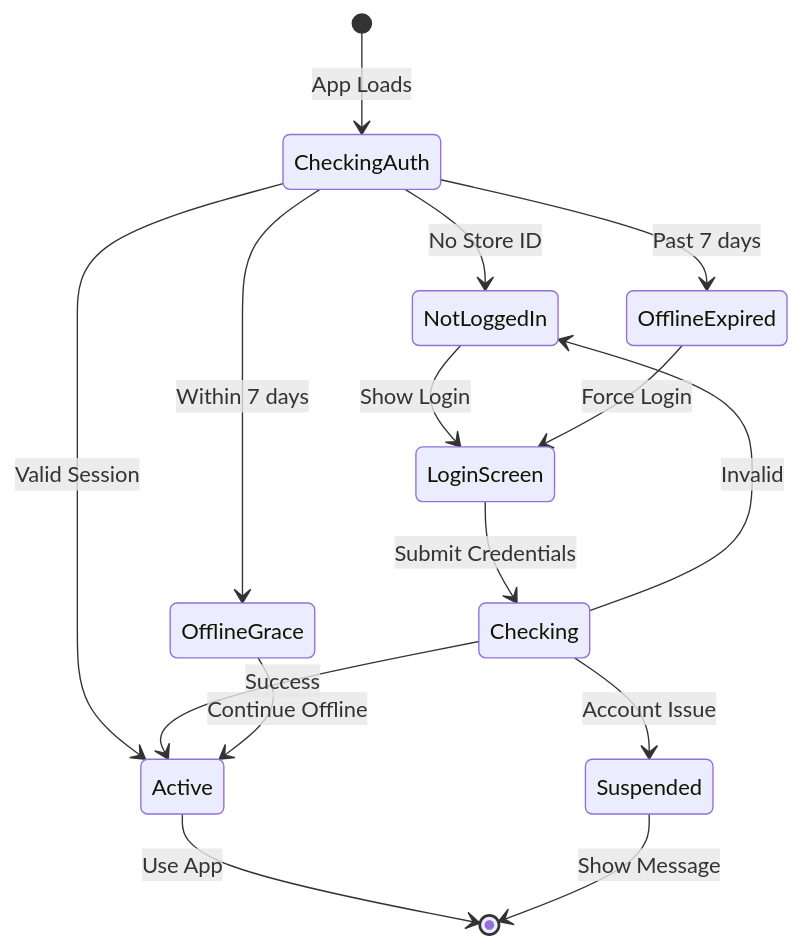
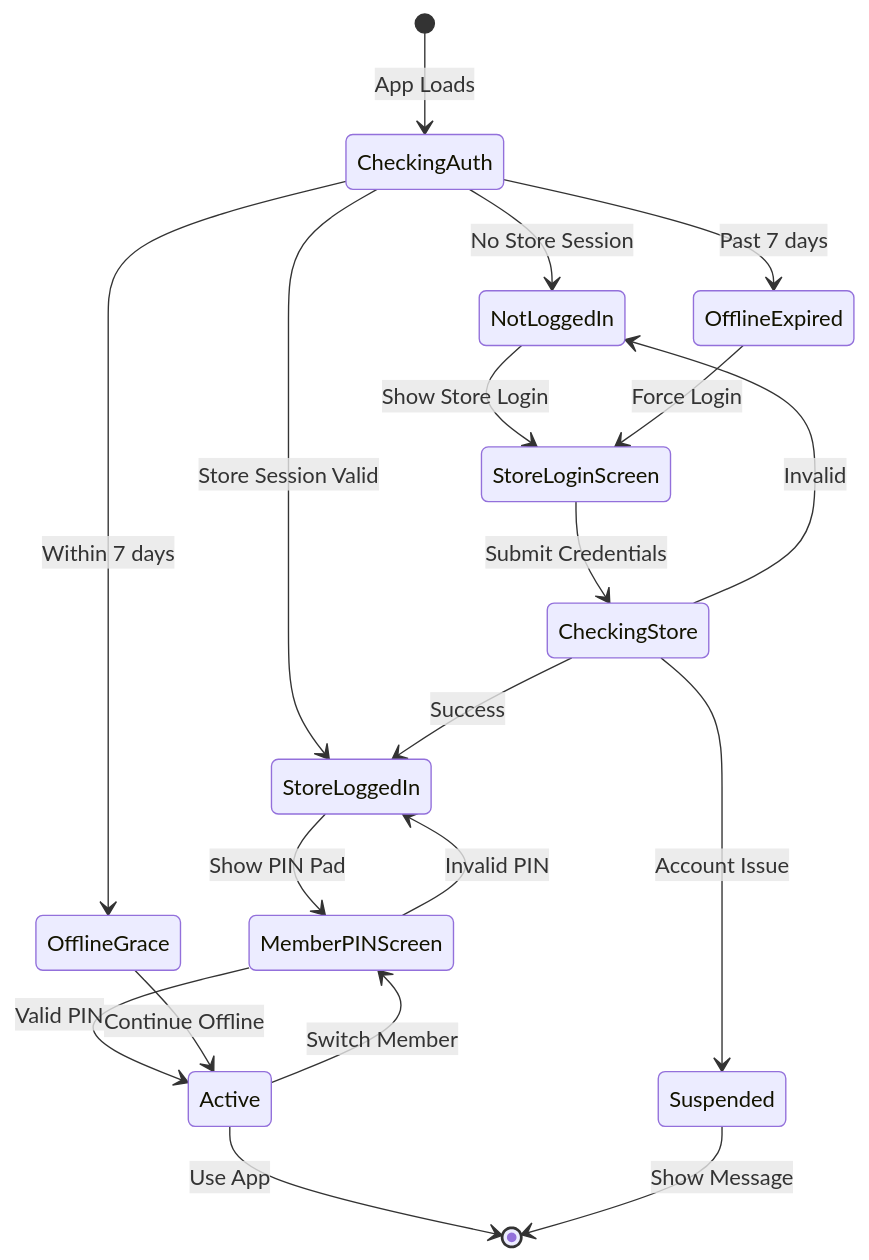
The sixth of 8 diagrams in docs/architecture/TECHNICAL_DOCUMENTATION.md (toanmango432/stage-mangobiz), drawn with Mermaid before and after one commit. The commit also changed other lines of this file and 360 other files, not shown here.

First line of the commit message:
feat: Major update - Client CRM module, test fixes, schema v12

````diff
--- a/docs/architecture/TECHNICAL_DOCUMENTATION.md
+++ b/docs/architecture/TECHNICAL_DOCUMENTATION.md
@@ -459,20 +712,25 @@
 ```mermaid
 stateDiagram-v2
     [*] --> CheckingAuth: App Loads
-    CheckingAuth --> NotLoggedIn: No Store ID
+    CheckingAuth --> NotLoggedIn: No Store Session
+    CheckingAuth --> StoreLoggedIn: Store Session Valid
     CheckingAuth --> OfflineGrace: Within 7 days
     CheckingAuth --> OfflineExpired: Past 7 days
-    CheckingAuth --> Active: Valid Session
 
-    NotLoggedIn --> LoginScreen: Show Login
-    LoginScreen --> Checking: Submit Credentials
-    Checking --> Active: Success
-    Checking --> NotLoggedIn: Invalid
-    Checking --> Suspended: Account Issue
+    NotLoggedIn --> StoreLoginScreen: Show Store Login
+    StoreLoginScreen --> CheckingStore: Submit Credentials
+    CheckingStore --> StoreLoggedIn: Success
+    CheckingStore --> NotLoggedIn: Invalid
+    CheckingStore --> Suspended: Account Issue
+
+    StoreLoggedIn --> MemberPINScreen: Show PIN Pad
+    MemberPINScreen --> Active: Valid PIN
+    MemberPINScreen --> StoreLoggedIn: Invalid PIN
 
     OfflineGrace --> Active: Continue Offline
-    OfflineExpired --> LoginScreen: Force Login
+    OfflineExpired --> StoreLoginScreen: Force Login
 
+    Active --> MemberPINScreen: Switch Member
     Active --> [*]: Use App
     Suspended --> [*]: Show Message
 ```
````
